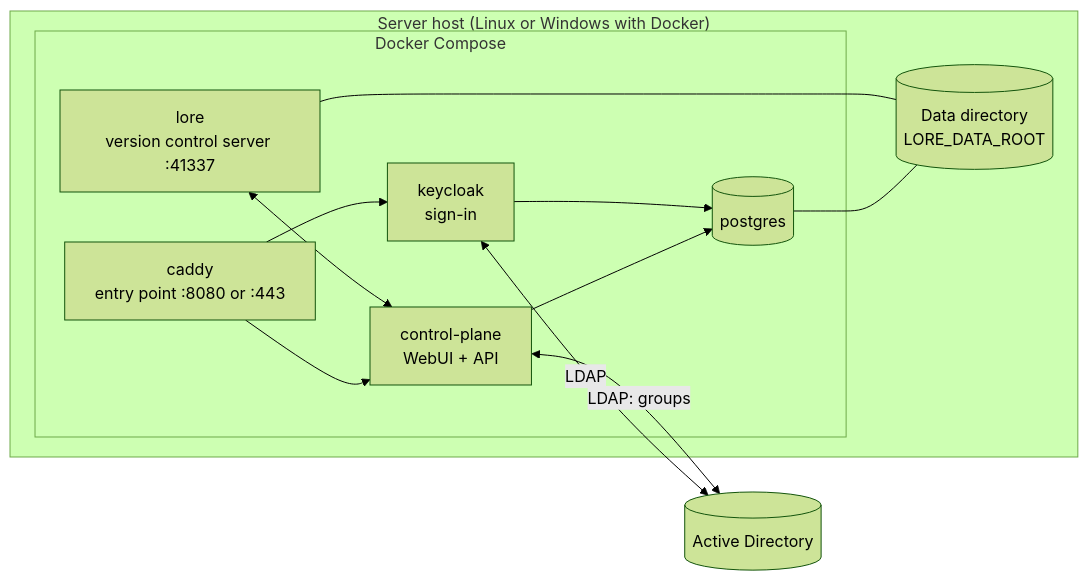
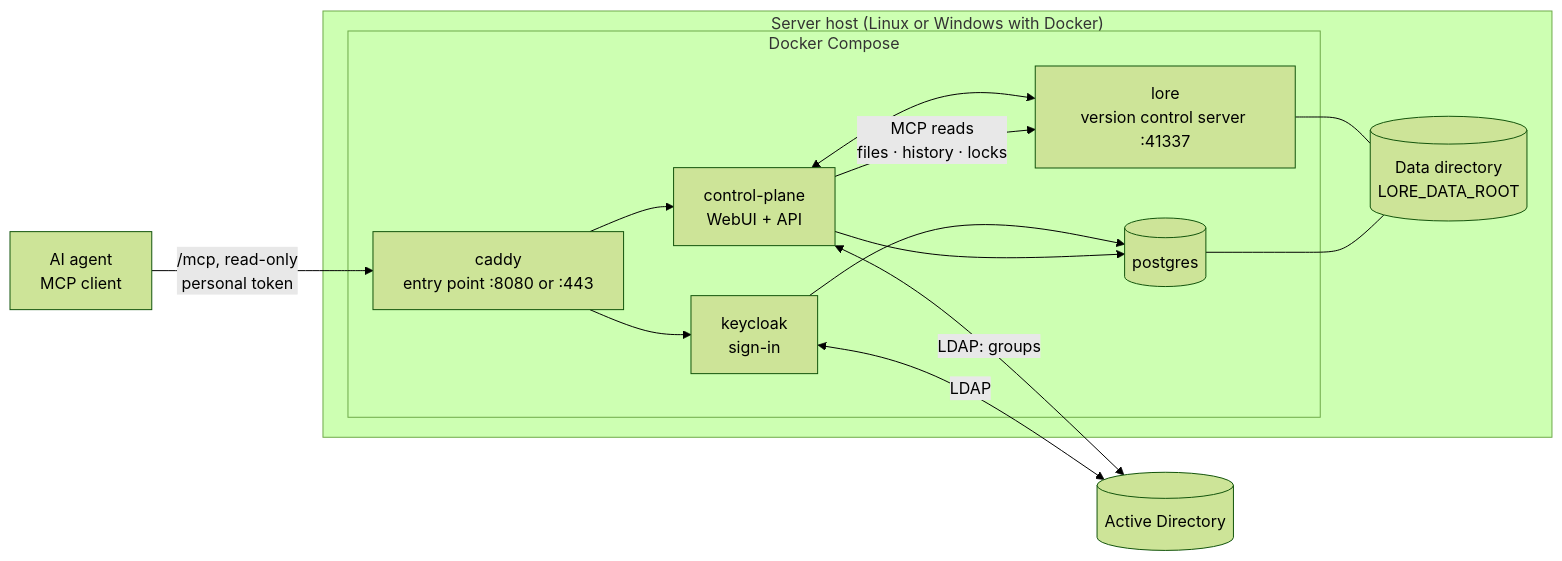
Before and after one commit to arutar/lore: the diagram in platform/docs/install.md, drawn with Mermaid (forest theme).

Commit message:
Docs: MCP in the installation diagram
An AI agent reaches /mcp through Caddy with a personal token; the control plane reads files, history and locks from Lore.

````diff
--- a/platform/docs/install.md
+++ b/platform/docs/install.md
@@ -26,23 +26,26 @@
 ```mermaid
 flowchart LR
     subgraph Host["Server host (Linux or Windows with Docker)"]
         Disk[("Data directory<br/>LORE_DATA_ROOT")]
         subgraph Docker["Docker Compose"]
             Caddy["caddy<br/>entry point :8080 or :443"]
             CP["control-plane<br/>WebUI + API"]
             KC["keycloak<br/>sign-in"]
             PG[("postgres")]
             Lore["lore<br/>version control server :41337"]
         end
     end
     AD[("Active Directory")]
+    Agent["AI agent<br/>MCP client"]
+    Agent -->|"/mcp, read-only<br/>personal token"| Caddy
     Caddy --> CP
     Caddy --> KC
     CP --> PG
     KC --> PG
     KC <-->|LDAP| AD
     CP <-->|LDAP: groups| AD
     Lore <--> CP
+    CP -->|"MCP reads<br/>files · history · locks"| Lore
     PG --- Disk
     Lore --- Disk
 ```
````
